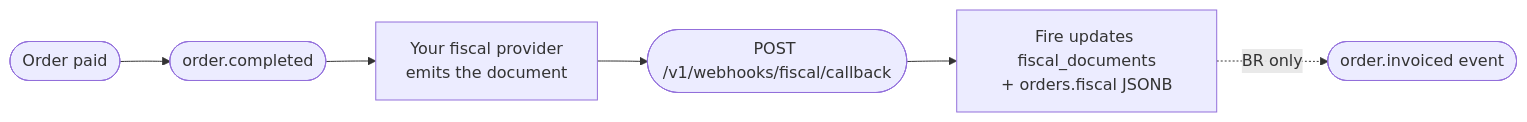
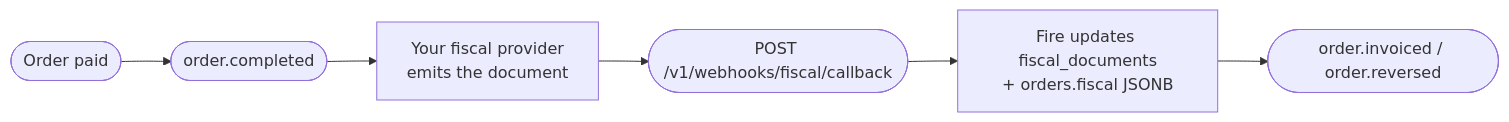
The diagram in en/api-reference/fiscal-callback.mdx (fire-rest/documentation), drawn with Mermaid before and after one commit. The commit also changed other lines of this file and 26 other files, not shown here.

First line of the commit message:
docs(events)!: bloque fiscal estructurado — order.invoiced v2, order.cancelled v3, order.reversed v3

````diff
--- a/en/api-reference/fiscal-callback.mdx
+++ b/en/api-reference/fiscal-callback.mdx
@@ -18,8 +18,8 @@
 ```mermaid
 flowchart LR
     A([Order paid]) --> B([order.completed])
     B --> C[Your fiscal provider<br/>emits the document]
     C --> D([POST /v1/webhooks/fiscal/callback])
     D --> E[Fire updates fiscal_documents<br/>+ orders.fiscal JSONB]
-    E -. BR only .-> F([order.invoiced event])
+    E --> F([order.invoiced / order.reversed])
 ```
````
